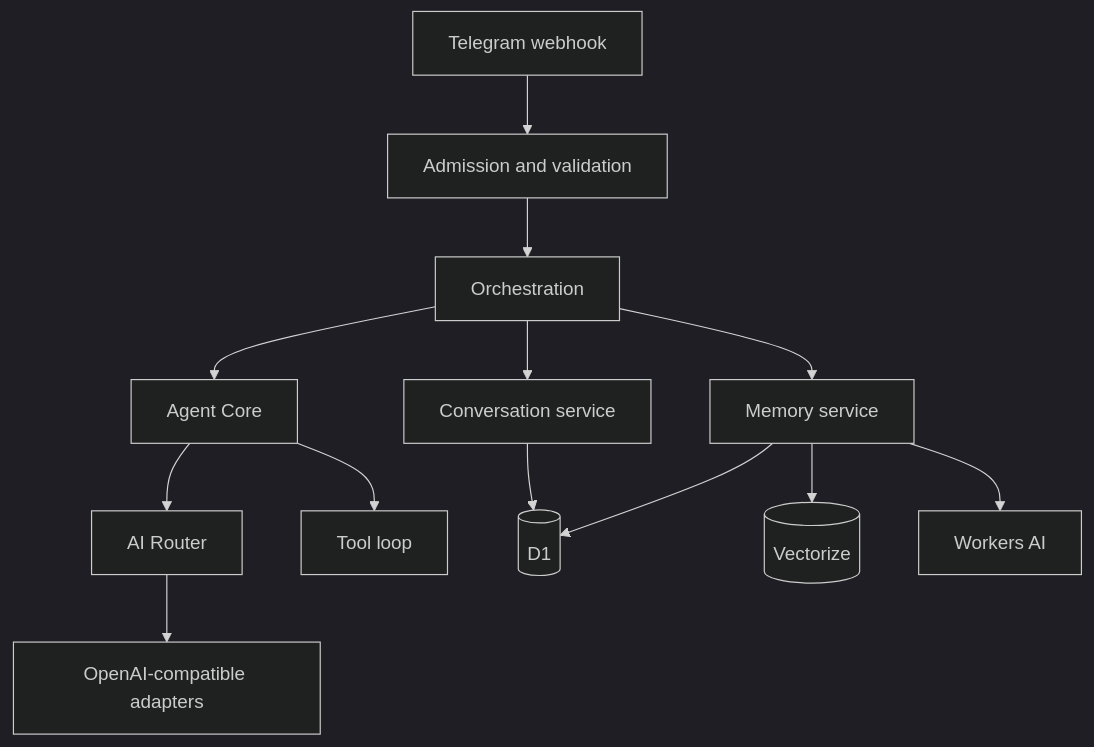
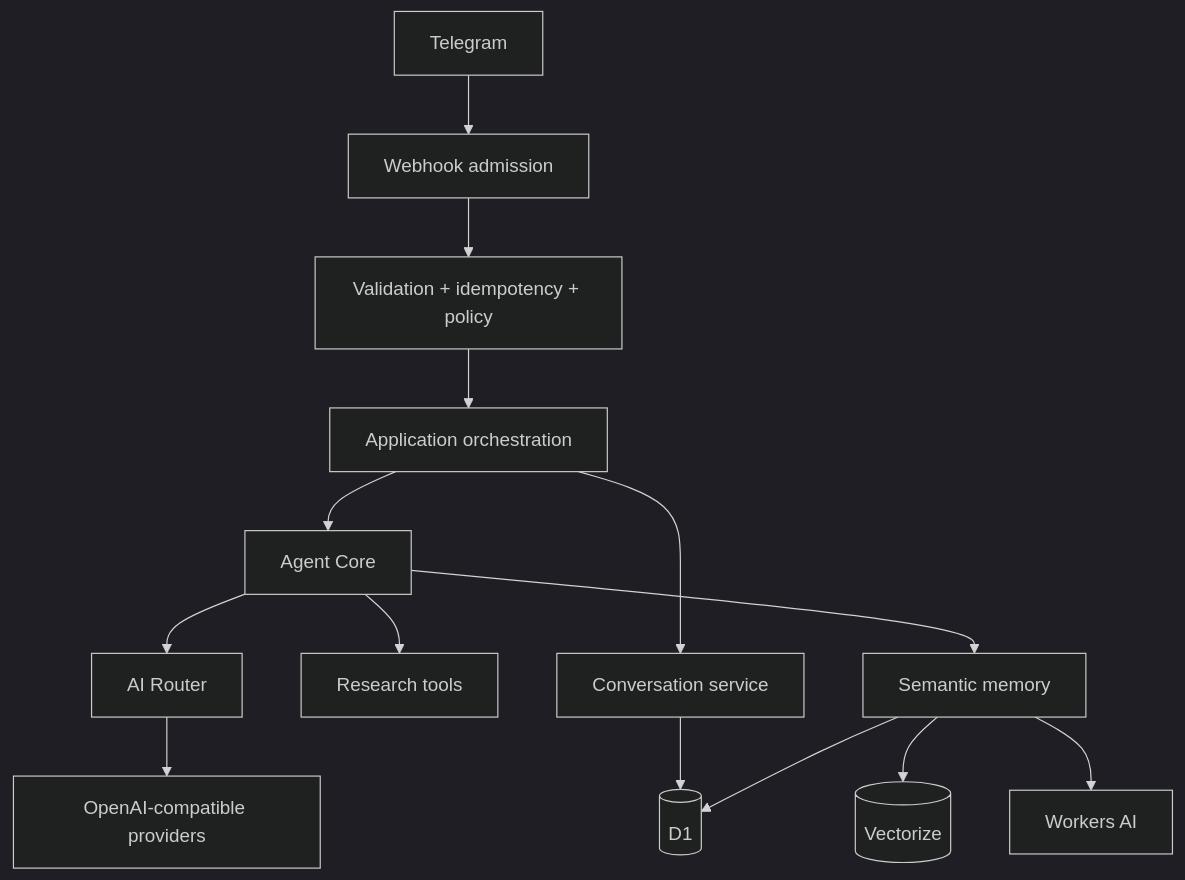
The diagram in docs/ARCHITECTURE.md (Greenhawk5/HawkTalk), drawn with Mermaid (dark theme) before and after one commit. The commit also changed other lines of this file and 28 other files, not shown here.

````diff
--- a/docs/ARCHITECTURE.md
+++ b/docs/ARCHITECTURE.md
@@ -9,15 +9,16 @@
 ```mermaid
 flowchart TD
-  T[Telegram webhook] --> S[Admission and validation]
-  S --> O[Orchestration]
+  T[Telegram] --> W[Webhook admission]
+  W --> A[Validation + idempotency + policy]
+  A --> O[Application orchestration]
   O --> G[Agent Core]
   G --> R[AI Router]
-  G --> X[Tool loop]
-  O --> H[Conversation service]
-  O --> M[Memory service]
-  R --> P[OpenAI-compatible adapters]
-  H --> D[(D1)]
+  G --> X[Research tools]
+  G --> M[Semantic memory]
+  R --> P[OpenAI-compatible providers]
+  O --> C[Conversation service]
+  C --> D[(D1)]
   M --> D
   M --> V[(Vectorize)]
   M --> I[Workers AI]
 ```
````
